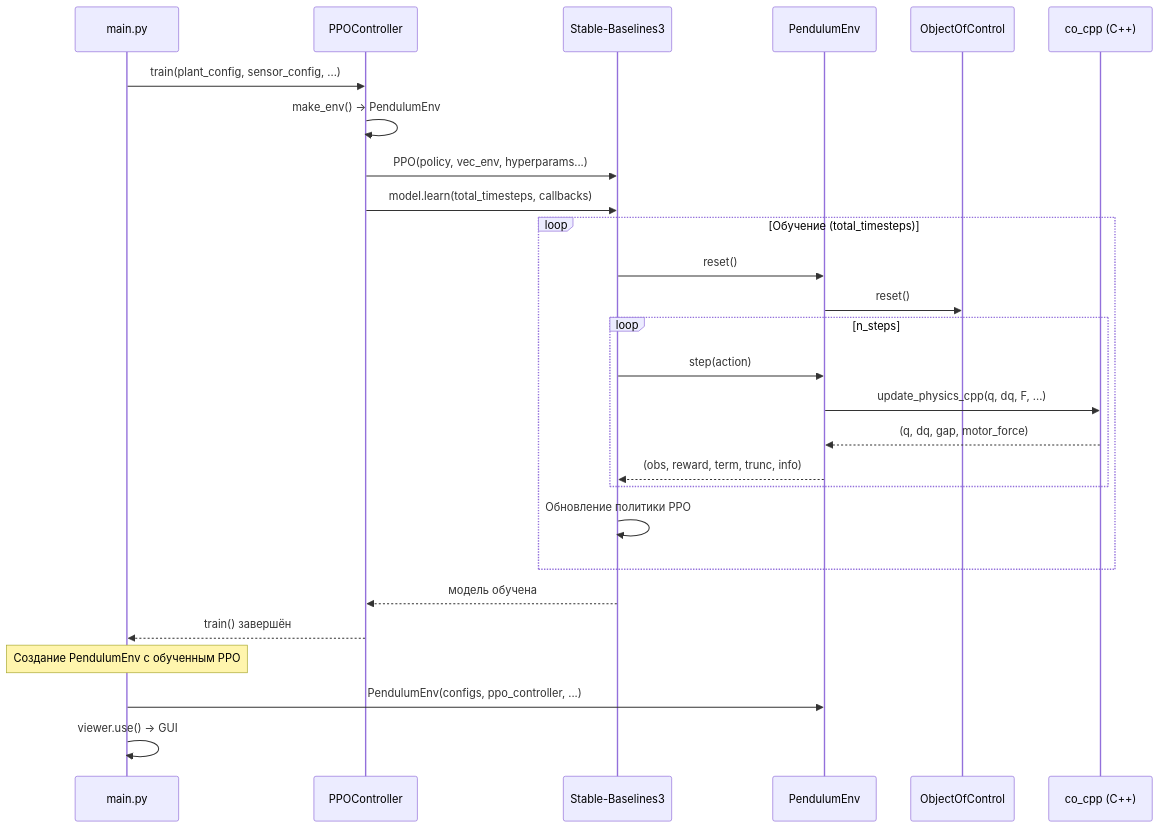
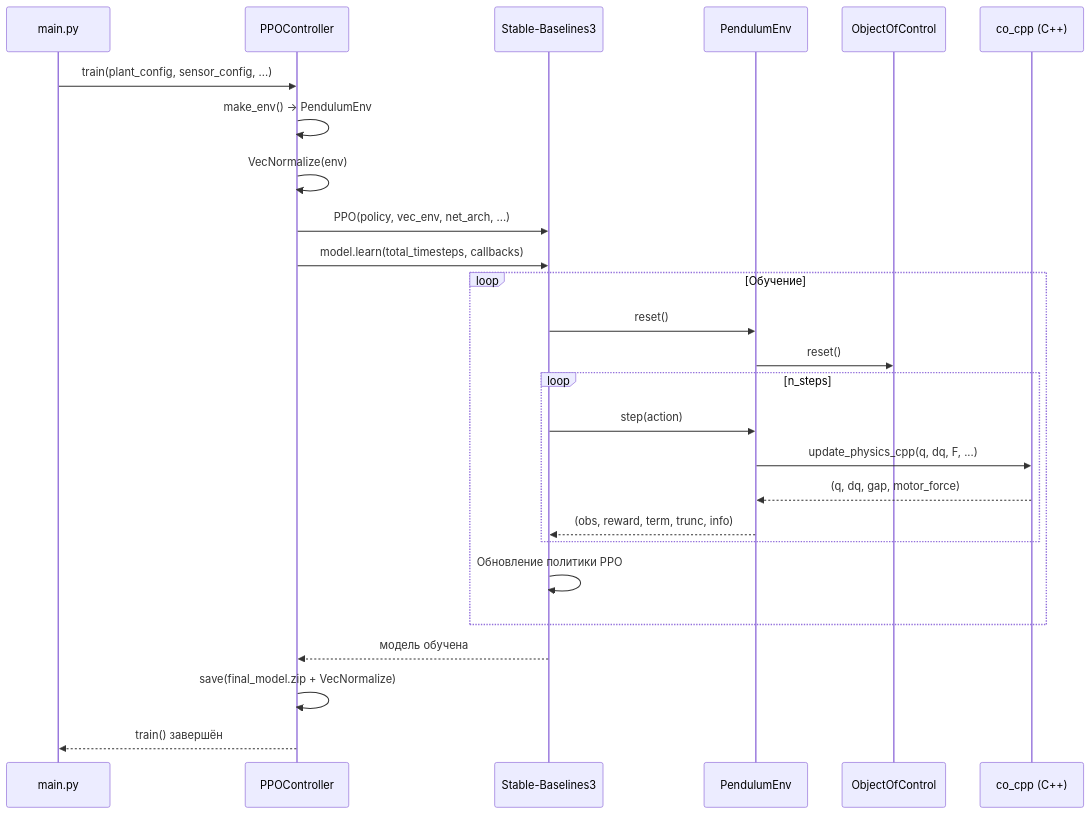
One commit to gshjis/RL_control changed the ninth of 9 diagrams in docs/TECHNICAL_DOCUMENTATION.md. Above: the diagram before and after it, drawn with Mermaid. The commit also changed other lines of this file and 10 other files, not shown here.

````diff
--- a/docs/TECHNICAL_DOCUMENTATION.md
+++ b/docs/TECHNICAL_DOCUMENTATION.md
@@ -1131,35 +710,31 @@
 ```mermaid
 sequenceDiagram
     participant Main as main.py
     participant PPO as PPOController
     participant SB3 as Stable-Baselines3
     participant Env as PendulumEnv
     participant Plant as ObjectOfControl
     participant Cpp as co_cpp (C++)
 
     Main->>PPO: train(plant_config, sensor_config, ...)
     PPO->>PPO: make_env() → PendulumEnv
-    PPO->>SB3: PPO(policy, vec_env, hyperparams...)
+    PPO->>PPO: VecNormalize(env)
+    PPO->>SB3: PPO(policy, vec_env, net_arch, ...)
     PPO->>SB3: model.learn(total_timesteps, callbacks)
 
-    loop Обучение (total_timesteps)
+    loop Обучение
         SB3->>Env: reset()
         Env->>Plant: reset()
-
         loop n_steps
             SB3->>Env: step(action)
             Env->>Cpp: update_physics_cpp(q, dq, F, ...)
             Cpp-->>Env: (q, dq, gap, motor_force)
             Env-->>SB3: (obs, reward, term, trunc, info)
         end
-
         SB3->>SB3: Обновление политики PPO
     end
 
     SB3-->>PPO: модель обучена
+    PPO->>PPO: save(final_model.zip + VecNormalize)
     PPO-->>Main: train() завершён
-
-    Note over Main: Создание PendulumEnv с обученным PPO
-    Main->>Env: PendulumEnv(configs, ppo_controller, ...)
-    Main->>Main: viewer.use() → GUI
 ```
````
